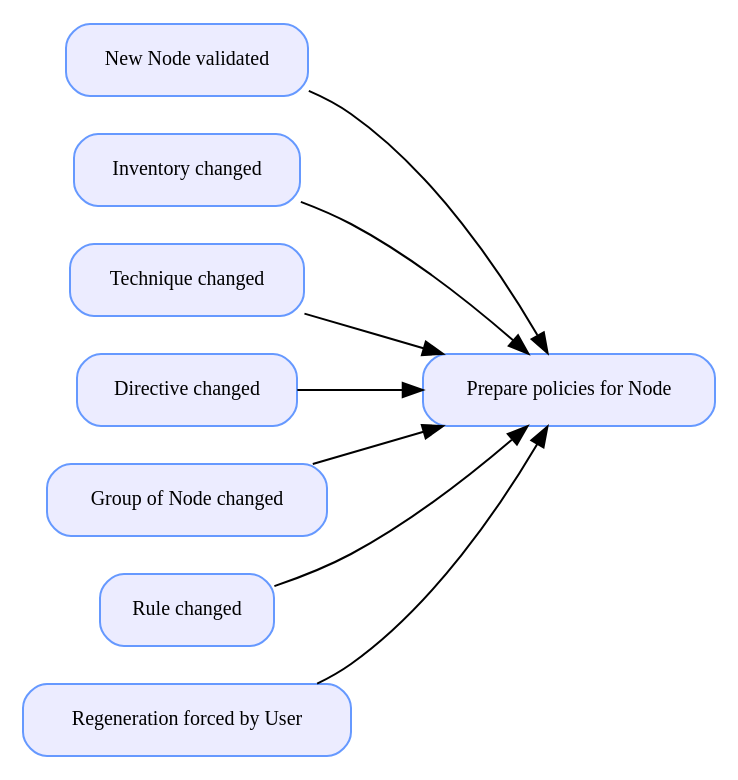
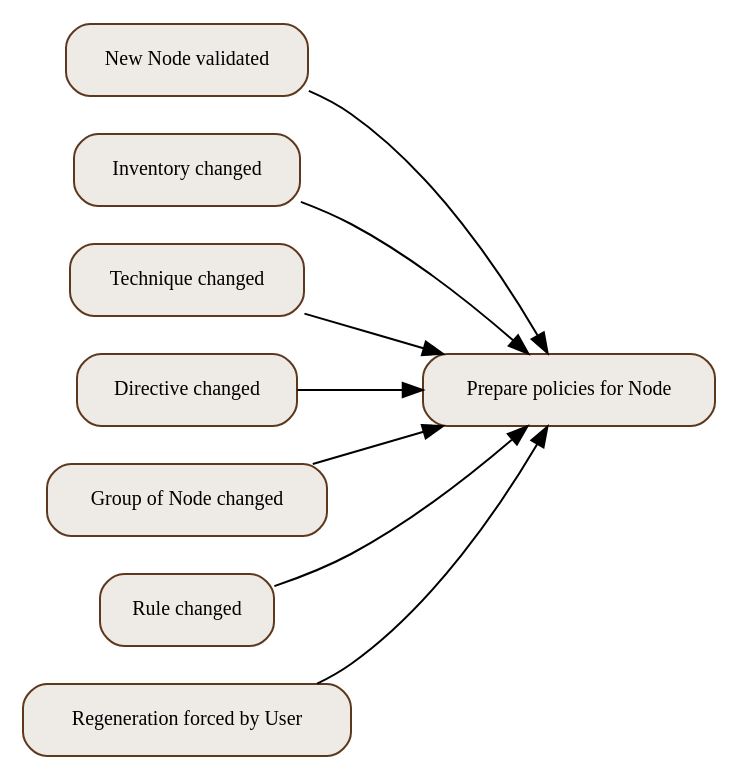
Before and after one commit to Normation/rudder-doc: the diagram in graphviz/generate_policy_workflow.dot, drawn with Graphviz. The commit also changed 1 other file, not shown here.

Commit message:
graphviz updates, color scheme adaptation, name changes

```diff
--- a/graphviz/generate_policy_workflow.dot
+++ b/graphviz/generate_policy_workflow.dot
@@ -1,17 +1,22 @@
 digraph generate_policy_workflow{
 rankdir=LR;
-node [shape=Mrecord, style = filled, color="#6699ff", fillcolor="#ececff",
-fontsize=10];
+node [
+    shape=Mrecord, 
+    style = filled, 
+    color="#5d381d", 
+    fillcolor="#eeebe7",
+    fontsize=10
+];
 
 newnode      [label = "New Node validated"];
 nodechanged  [label = "Inventory changed"] ;
 techchanged  [label = "Technique changed"];
 dirchanged   [label = "Directive changed"];
 groupchanged [label = "Group of Node changed"];
 rchanged     [label = "Rule changed"];
 forcechange  [label = "Regeneration forced by User"];
 preparepol   [label = "Prepare policies for Node"];
 
 {newnode nodechanged techchanged dirchanged groupchanged rchanged forcechange} -> preparepol ;
 
 }
```
